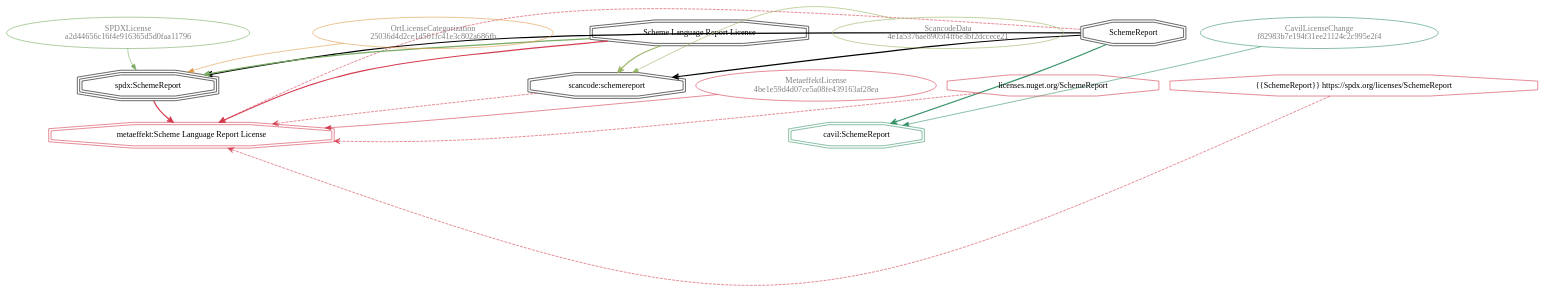
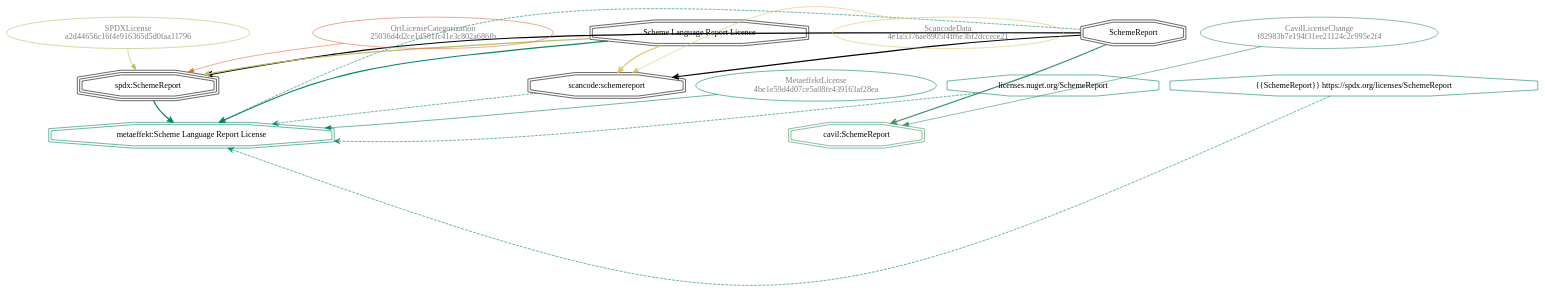
Before and after one commit to maxhbr/LDBcollector: the diagram in spdx/SchemeReport.dot, drawn with Graphviz. The commit also changed 3605 other files, not shown here.

```diff
--- a/spdx/SchemeReport.dot
+++ b/spdx/SchemeReport.dot
@@ -1,109 +1,109 @@
 strict digraph {
     node [shape=box];
     graph [splines=curved];
-    1 [label="SPDXLicense\na2d44656c16f4e916365d5d0faa11796"
-      ,fontcolor=gray
-      ,color="#78ab63"
-      ,fillcolor="beige;1"
-      ,shape=ellipse];
-    2 [label="spdx:SchemeReport"
-      ,shape=tripleoctagon];
-    3 [label=SchemeReport
-      ,shape=doubleoctagon];
-    4 [label="Scheme Language Report License"
-      ,shape=doubleoctagon];
-    20864 [label="ScancodeData\n4e1a5376ae8905f4ff6e3bf2dccece21"
+    3962 [label="SPDXLicense\na2d44656c16f4e916365d5d0faa11796"
+         ,fontcolor=gray
+         ,color="#b8bf62"
+         ,fillcolor="beige;1"
+         ,shape=ellipse];
+    3963 [label="spdx:SchemeReport"
+         ,shape=tripleoctagon];
+    3964 [label=SchemeReport
+         ,shape=doubleoctagon];
+    3965 [label="Scheme Language Report License"
+         ,shape=doubleoctagon];
+    23183 [label="ScancodeData\n4e1a5376ae8905f4ff6e3bf2dccece21"
           ,fontcolor=gray
-          ,color="#98b561"
+          ,color="#dac767"
           ,fillcolor="beige;1"
           ,shape=ellipse];
-    20865 [label="scancode:schemereport"
+    23184 [label="scancode:schemereport"
           ,shape=doubleoctagon];
-    34725 [label="OrtLicenseCategorization\n25036d4d2ce1d501fc41e3c802a686fb"
+    35211 [label="OrtLicenseCategorization\n25036d4d2ce1d501fc41e3c802a686fb"
           ,fontcolor=gray
-          ,color="#e09d4b"
+          ,color="#e06f45"
           ,fillcolor="beige;1"
           ,shape=ellipse];
-    36978 [label="CavilLicenseChange\nf82983b7e194f31ee21124c2c995e2f4"
+    37462 [label="CavilLicenseChange\nf82983b7e194f31ee21124c2c995e2f4"
           ,fontcolor=gray
           ,color="#379469"
           ,fillcolor="beige;1"
           ,shape=ellipse];
-    36979 [label="cavil:SchemeReport"
+    37463 [label="cavil:SchemeReport"
           ,color="#379469"
           ,shape=doubleoctagon];
-    48289 [label="MetaeffektLicense\n4be1e59d4d07ce5a08fe439163af28ea"
+    48675 [label="MetaeffektLicense\n4be1e59d4d07ce5a08fe439163af28ea"
           ,fontcolor=gray
-          ,color="#d43d51"
+          ,color="#00876c"
           ,fillcolor="beige;1"
           ,shape=ellipse];
-    48290 [label="metaeffekt:Scheme Language Report License"
-          ,color="#d43d51"
+    48676 [label="metaeffekt:Scheme Language Report License"
+          ,color="#00876c"
           ,shape=doubleoctagon];
-    48291 [label="licenses.nuget.org/SchemeReport"
-          ,color="#d43d51"
+    48677 [label="licenses.nuget.org/SchemeReport"
+          ,color="#00876c"
           ,shape=octagon];
-    48292 [label="{{SchemeReport}} https://spdx.org/licenses/SchemeReport"
-          ,color="#d43d51"
+    48678 [label="{{SchemeReport}} https://spdx.org/licenses/SchemeReport"
+          ,color="#00876c"
           ,shape=octagon];
-    1 -> 2 [weight=0.5
-           ,color="#78ab63"];
-    2 -> 48290 [style=bold
-               ,arrowhead=vee
-               ,weight=0.7
-               ,color="#d43d51"];
-    3 -> 2 [style=bold
-           ,arrowhead=vee
-           ,weight=0.7];
-    3 -> 20865 [style=bold
-               ,arrowhead=vee
-               ,weight=0.7];
-    3 -> 36979 [style=bold
-               ,arrowhead=vee
-               ,weight=0.7
-               ,color="#379469"];
-    3 -> 36979 [style=bold
-               ,arrowhead=vee
-               ,weight=0.7
-               ,color="#379469"];
-    3 -> 48290 [style=dashed
-               ,arrowhead=vee
-               ,weight=0.5
-               ,color="#d43d51"];
-    4 -> 2 [style=bold
-           ,arrowhead=vee
-           ,weight=0.7
-           ,color="#78ab63"];
-    4 -> 20865 [style=bold
-               ,arrowhead=vee
-               ,weight=0.7
-               ,color="#98b561"];
-    4 -> 48290 [style=bold
-               ,arrowhead=vee
-               ,weight=0.7
-               ,color="#d43d51"];
-    4 -> 48290 [style=bold
-               ,arrowhead=vee
-               ,weight=0.7
-               ,color="#d43d51"];
-    20864 -> 20865 [weight=0.5
-                   ,color="#98b561"];
-    20865 -> 48290 [style=dashed
+    3962 -> 3963 [weight=0.5
+                 ,color="#b8bf62"];
+    3963 -> 48676 [style=bold
+                  ,arrowhead=vee
+                  ,weight=0.7
+                  ,color="#00876c"];
+    3964 -> 3963 [style=bold
+                 ,arrowhead=vee
+                 ,weight=0.7];
+    3964 -> 23184 [style=bold
+                  ,arrowhead=vee
+                  ,weight=0.7];
+    3964 -> 37463 [style=bold
+                  ,arrowhead=vee
+                  ,weight=0.7
+                  ,color="#379469"];
+    3964 -> 37463 [style=bold
+                  ,arrowhead=vee
+                  ,weight=0.7
+                  ,color="#379469"];
+    3964 -> 48676 [style=dashed
+                  ,arrowhead=vee
+                  ,weight=0.5
+                  ,color="#00876c"];
+    3965 -> 3963 [style=bold
+                 ,arrowhead=vee
+                 ,weight=0.7
+                 ,color="#b8bf62"];
+    3965 -> 23184 [style=bold
+                  ,arrowhead=vee
+                  ,weight=0.7
+                  ,color="#dac767"];
+    3965 -> 48676 [style=bold
+                  ,arrowhead=vee
+                  ,weight=0.7
+                  ,color="#00876c"];
+    3965 -> 48676 [style=bold
+                  ,arrowhead=vee
+                  ,weight=0.7
+                  ,color="#00876c"];
+    23183 -> 23184 [weight=0.5
+                   ,color="#dac767"];
+    23184 -> 48676 [style=dashed
                    ,arrowhead=vee
                    ,weight=0.5
-                   ,color="#d43d51"];
-    34725 -> 2 [weight=0.5
-               ,color="#e09d4b"];
-    36978 -> 36979 [weight=0.5
+                   ,color="#00876c"];
+    35211 -> 3963 [weight=0.5
+                  ,color="#e06f45"];
+    37462 -> 37463 [weight=0.5
                    ,color="#379469"];
-    48289 -> 48290 [weight=0.5
-                   ,color="#d43d51"];
-    48291 -> 48290 [style=dashed
+    48675 -> 48676 [weight=0.5
+                   ,color="#00876c"];
+    48677 -> 48676 [style=dashed
                    ,arrowhead=vee
                    ,weight=0.5
-                   ,color="#d43d51"];
-    48292 -> 48290 [style=dashed
+                   ,color="#00876c"];
+    48678 -> 48676 [style=dashed
                    ,arrowhead=vee
                    ,weight=0.5
-                   ,color="#d43d51"];
+                   ,color="#00876c"];
 }
```
